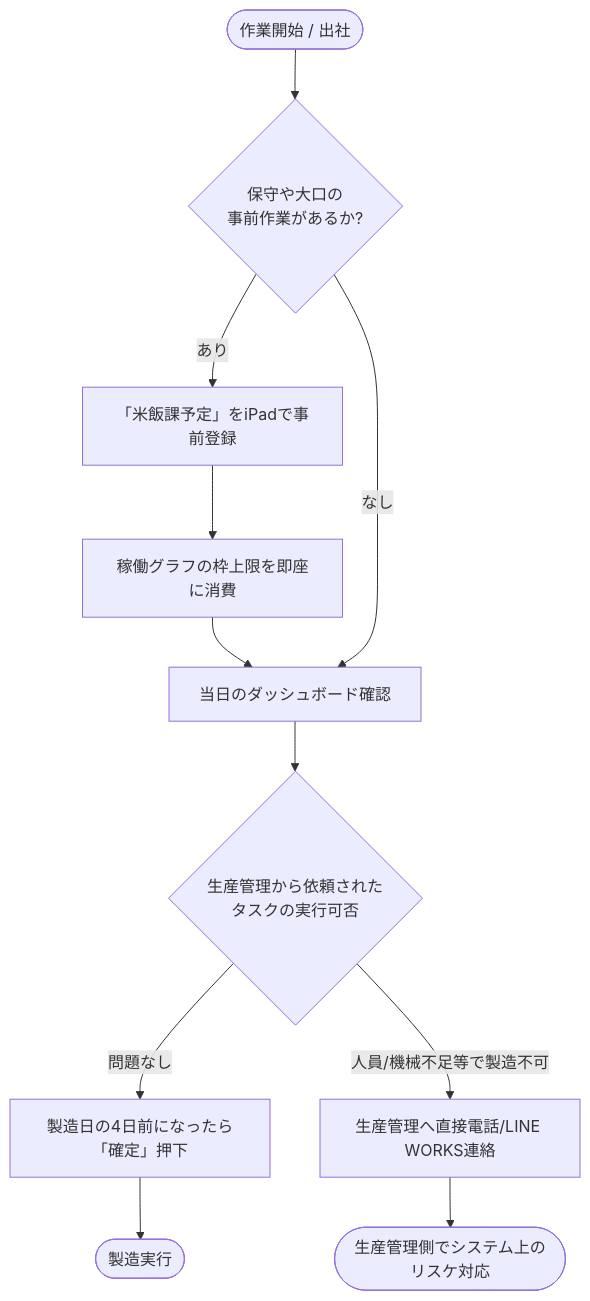
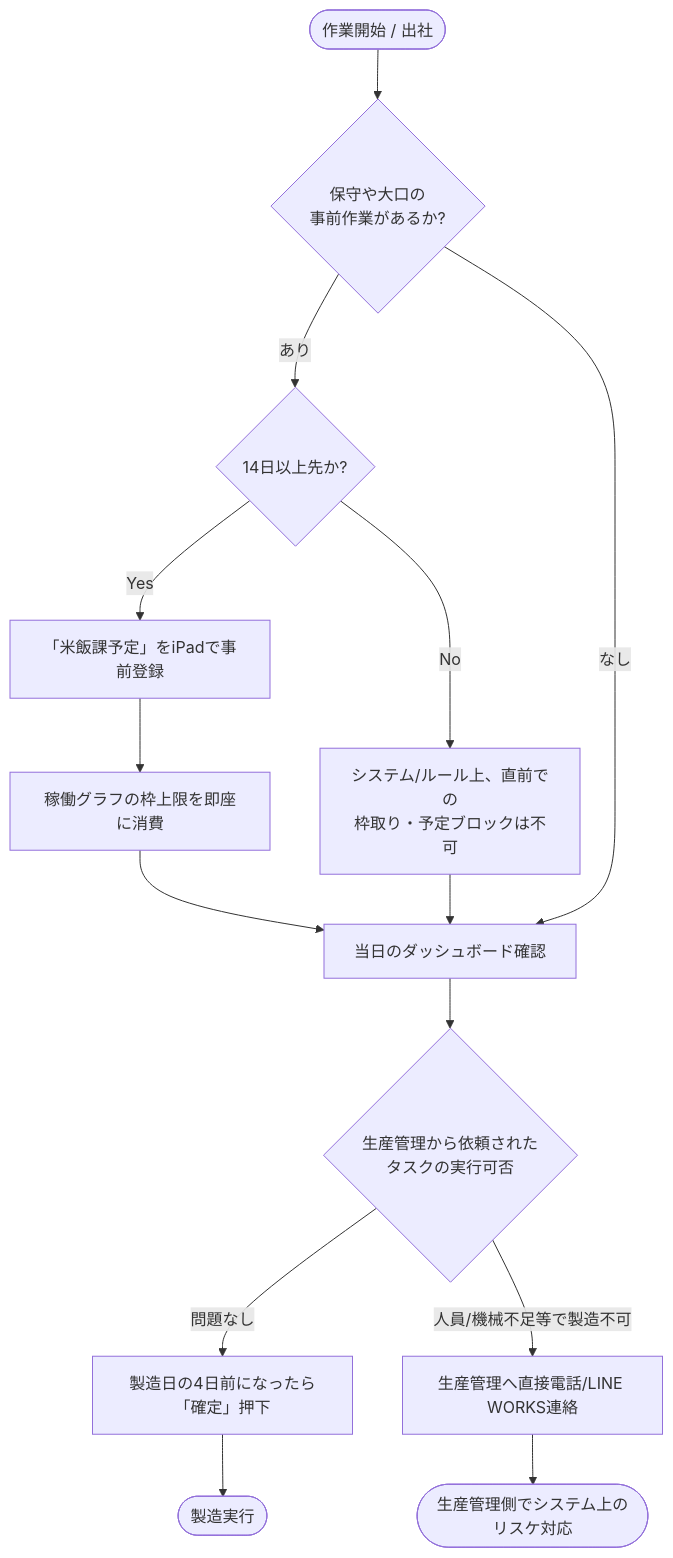
One commit to mihiro10/beihanka_irai_docs changed the fourth of 4 diagrams in appsheet_architecture/01_system_architecture.md. Above: the diagram before and after it, drawn with Mermaid. The commit also changed other lines of this file, not shown here.

Commit message:
docs: strictly enforce 14-day rule logic in flowcharts for rice dept

````diff
--- a/appsheet_architecture/01_system_architecture.md
+++ b/appsheet_architecture/01_system_architecture.md
@@ -94,17 +93,20 @@
 ```mermaid
 flowchart TD
     A([作業開始 / 出社]) --> B{保守や大口の<br>事前作業があるか?}
     
-    B -->|あり| C[「米飯課予定」をiPadで事前登録]
-    C --> D[稼働グラフの枠上限を即座に消費]
-    D --> E
+    B -->|あり| C{14日以上先か?}
+    C -->|Yes| D[「米飯課予定」をiPadで事前登録]
+    C -->|No| E[システム/ルール上、直前での<br>枠取り・予定ブロックは不可]
     
-    B -->|なし| E[当日のダッシュボード確認]
+    D --> F[稼働グラフの枠上限を即座に消費]
+    F --> G[当日のダッシュボード確認]
+    B -->|なし| G
+    E --> G
     
-    E --> F{生産管理から依頼された<br>タスクの実行可否}
-    F -->|問題なし| G[製造日の4日前になったら「確定」押下]
-    G --> H([製造実行])
+    G --> H{生産管理から依頼された<br>タスクの実行可否}
+    H -->|問題なし| I[製造日の4日前になったら「確定」押下]
+    I --> J([製造実行])
     
-    F -->|人員/機械不足等で製造不可| I[生産管理へ直接電話/LINE WORKS連絡]
-    I --> J([生産管理側でシステム上のリスケ対応])
+    H -->|人員/機械不足等で製造不可| K[生産管理へ直接電話/LINE WORKS連絡]
+    K --> L([生産管理側でシステム上のリスケ対応])
 ```
````
